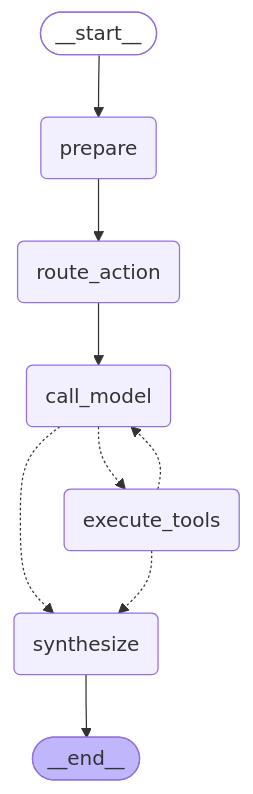
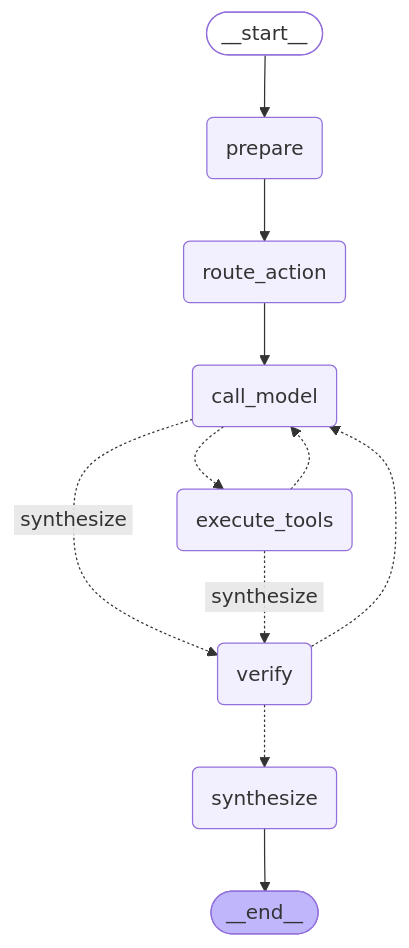
Diagram 16 of 25 in services/agent-sidecar/AGENTS.md (benrben/private-room), drawn with Mermaid before and after one commit. The commit also changed other lines of this file and 41 other files, not shown here.

````diff
--- a/services/agent-sidecar/AGENTS.md
+++ b/services/agent-sidecar/AGENTS.md
@@ -757,21 +768,24 @@
 ```mermaid
 graph TD;
 	__start__([<p>__start__</p>]):::first
 	prepare(prepare)
 	route_action(route_action)
 	call_model(call_model)
 	execute_tools(execute_tools)
+	verify(verify)
 	synthesize(synthesize)
 	__end__([<p>__end__</p>]):::last
 	__start__ --> prepare;
 	call_model -.-> execute_tools;
-	call_model -.-> synthesize;
+	call_model -. &nbsp;synthesize&nbsp; .-> verify;
 	execute_tools -.-> call_model;
-	execute_tools -.-> synthesize;
+	execute_tools -. &nbsp;synthesize&nbsp; .-> verify;
 	prepare --> route_action;
 	route_action --> call_model;
+	verify -.-> call_model;
+	verify -.-> synthesize;
 	synthesize --> __end__;
 	classDef default fill:#f2f0ff,line-height:1.2
 	classDef first fill-opacity:0
 	classDef last fill:#bfb6fc
 ```
````
